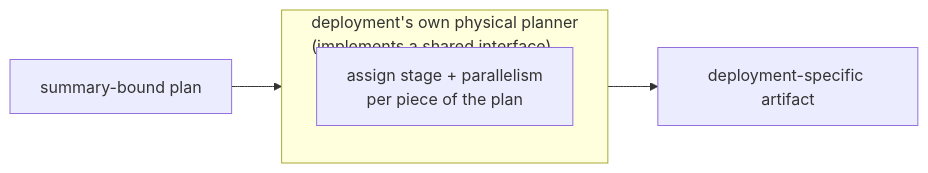
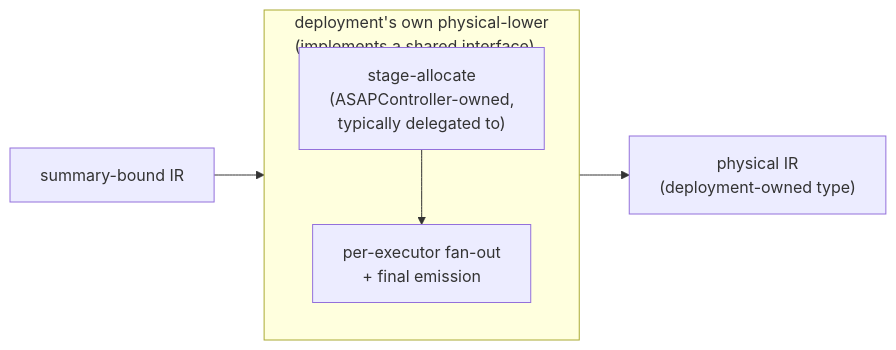
One commit to ProjectASAP/ASAPPlanner changed the fourth of 6 diagrams in docs/design.md. Above: the diagram before and after it, drawn with Mermaid. The commit also changed other lines of this file and 6 other files, not shown here.

````diff
--- a/docs/design.md
+++ b/docs/design.md
@@ -130,8 +169,8 @@
 ```mermaid
 flowchart LR
-    L4N["summary-bound plan"] --> PP
-    subgraph PP["deployment's own physical planner\n(implements a shared interface)"]
-        SA["assign stage + parallelism\nper piece of the plan"]
+    L3N["summary-bound IR"] --> PP
+    subgraph PP["deployment's own physical-lower\n(implements a shared interface)"]
+        SA["stage-allocate\n(ASAPController-owned,\ntypically delegated to)"] --> FO["per-executor fan-out\n+ final emission"]
     end
-    PP --> ART["deployment-specific artifact"]
+    PP --> ART["physical IR\n(deployment-owned type)"]
 ```
````
